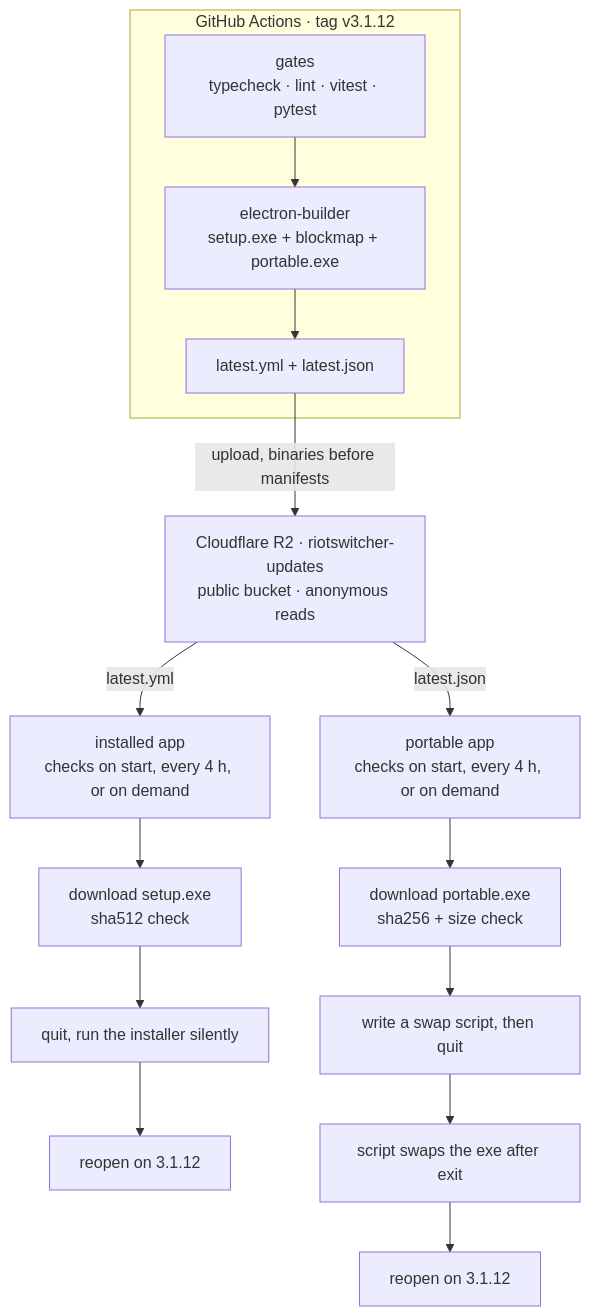
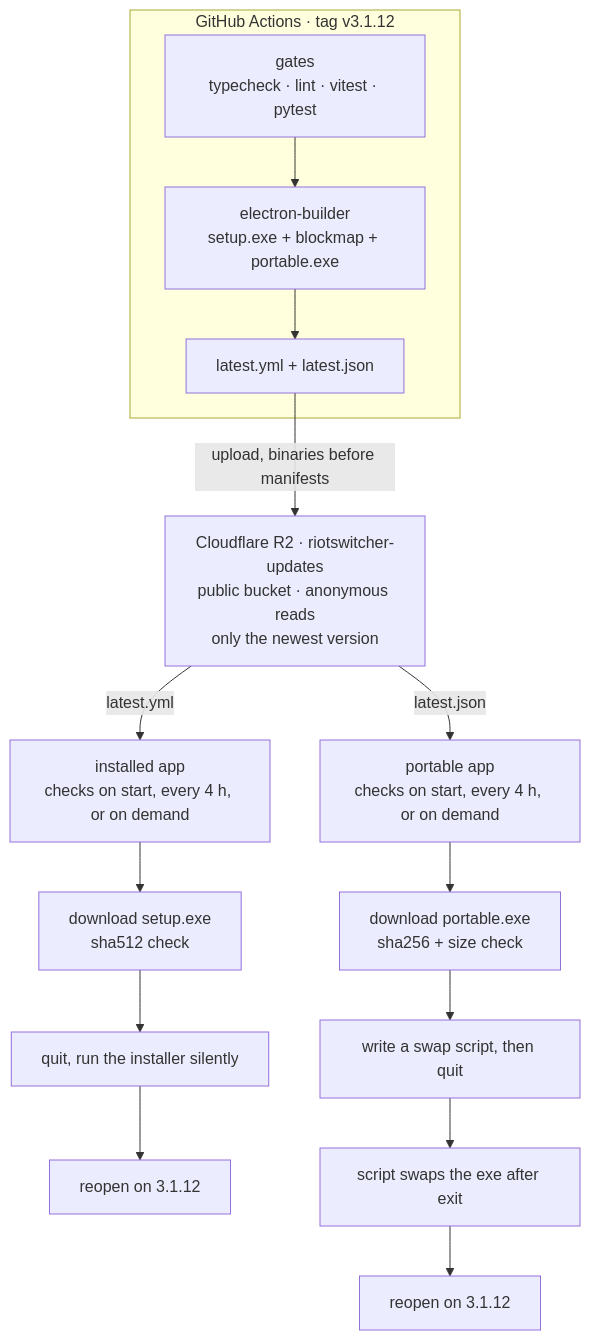
One commit to yassine808/RiotSwitcher changed the second of 2 diagrams in README.md. Above: the diagram before and after it, drawn with Mermaid. The commit also changed 4 other files, not shown here.

Commit message:
feat: keep only the newest version in the update bucket

````diff
--- a/README.md
+++ b/README.md
@@ -27,15 +27,15 @@
 ```mermaid
 flowchart TD
   subgraph REL["GitHub Actions · tag v3.1.12"]
     A1["gates<br/>typecheck · lint · vitest · pytest"] --> A2["electron-builder<br/>setup.exe + blockmap + portable.exe"]
     A2 --> A3["latest.yml + latest.json"]
   end
 
-  A3 -->|"upload, binaries before manifests"| R2["Cloudflare R2 · riotswitcher-updates<br/>public bucket · anonymous reads"]
+  A3 -->|"upload, binaries before manifests"| R2["Cloudflare R2 · riotswitcher-updates<br/>public bucket · anonymous reads<br/>only the newest version"]
 
   R2 -->|"latest.yml"| I0["installed app<br/>checks on start, every 4 h, or on demand"]
   R2 -->|"latest.json"| P0["portable app<br/>checks on start, every 4 h, or on demand"]
 
   I0 --> I1["download setup.exe<br/>sha512 check"] --> I2["quit, run the installer silently"] --> I3["reopen on 3.1.12"]
   P0 --> P1["download portable.exe<br/>sha256 + size check"] --> P2["write a swap script, then quit"] --> P3["script swaps the exe after exit"] --> P4["reopen on 3.1.12"]
 ```
````
